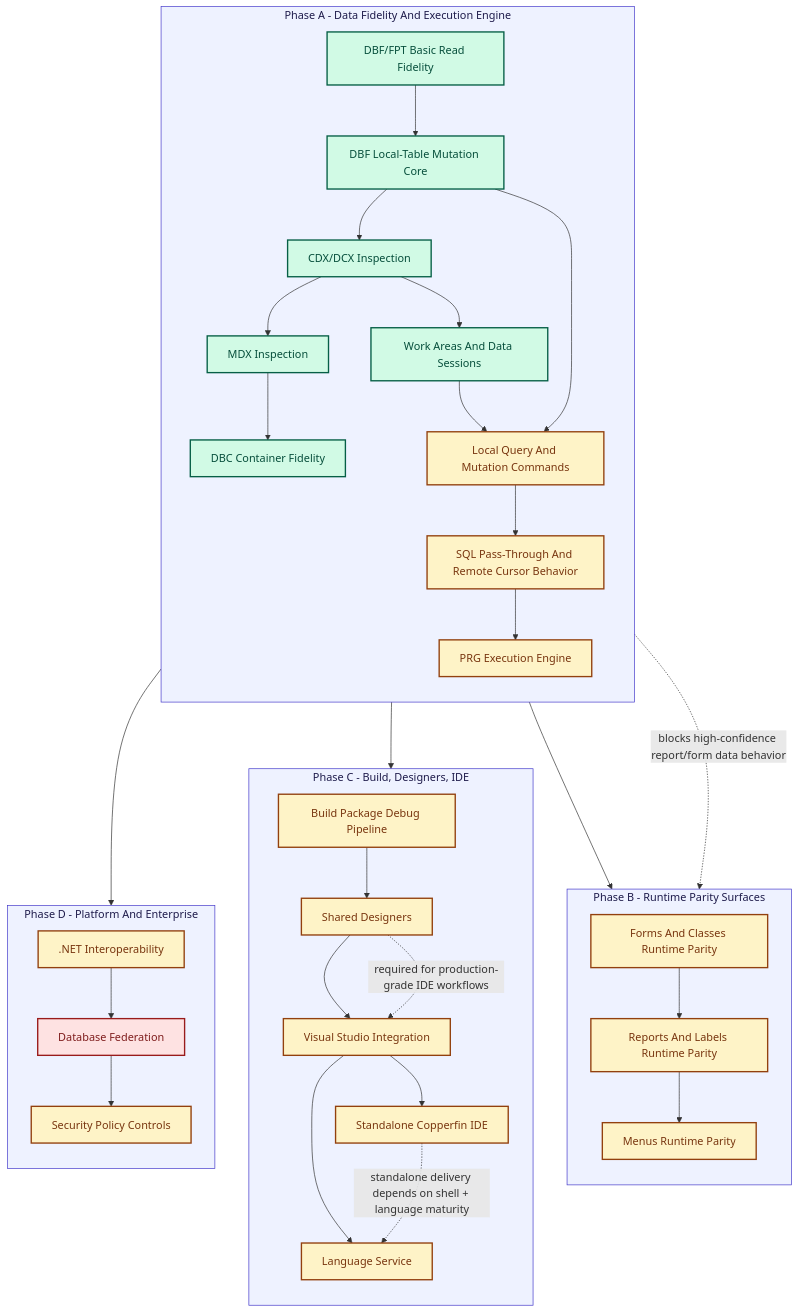
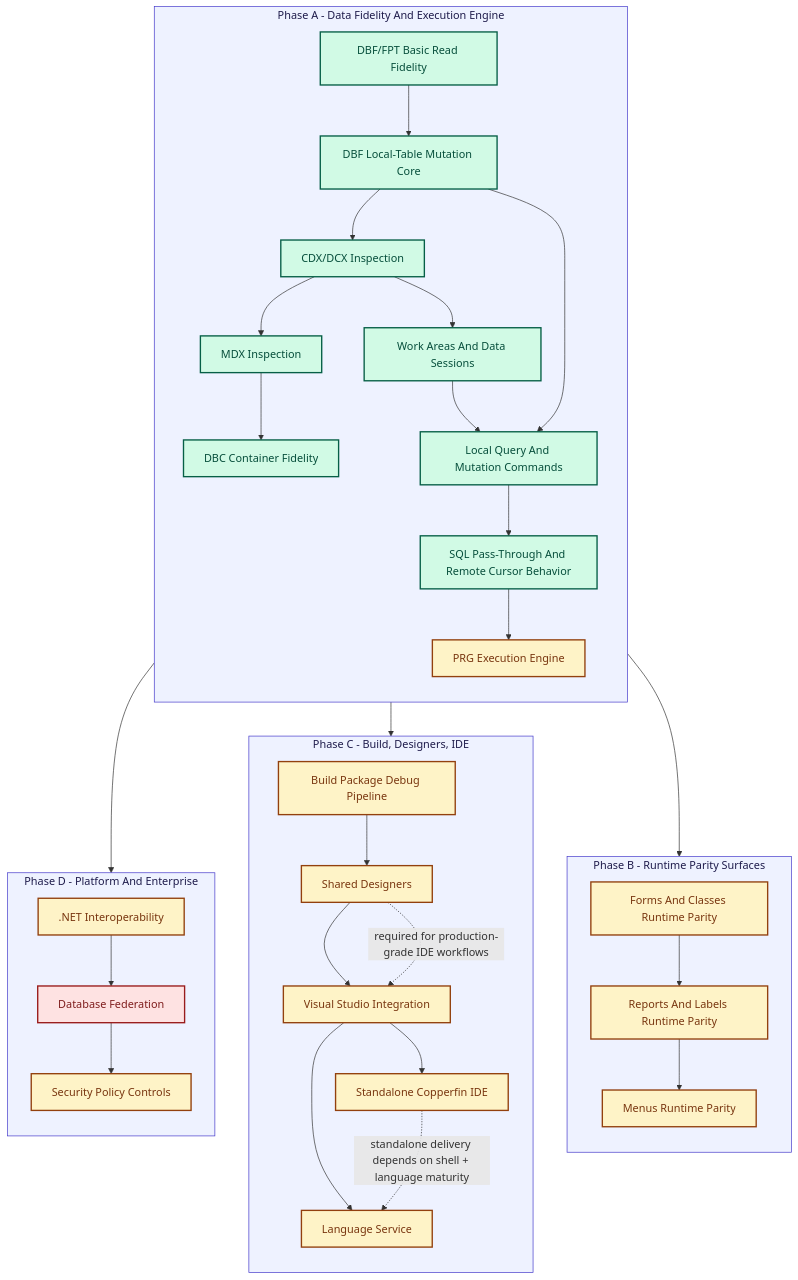
Before and after one commit to rhamenator/Project-Copperfin: the diagram in remaining-work.md, drawn with Mermaid. The commit also changed other lines of this file and 4 other files, not shown here.

````diff
--- a/remaining-work.md
+++ b/remaining-work.md
@@ -53,67 +53,66 @@
 ```mermaid
 flowchart TD
 	classDef done fill:#d1fae5,stroke:#065f46,stroke-width:2px,color:#064e3b;
 	classDef partial fill:#fef3c7,stroke:#92400e,stroke-width:2px,color:#78350f;
 	classDef missing fill:#fee2e2,stroke:#991b1b,stroke-width:2px,color:#7f1d1d;
 	classDef lane fill:#eef2ff,stroke:#4338ca,stroke-width:1px,color:#1e1b4b;
 
 	subgraph P1[Phase A - Data Fidelity And Execution Engine]
 		direction TB
 		A1[DBF/FPT Basic Read Fidelity]
 		A2[DBF Local-Table Mutation Core]
 		A3[CDX/DCX Inspection]
 		A4[MDX Inspection]
 		A5[DBC Container Fidelity]
 		B1[Work Areas And Data Sessions]
 		B2[Local Query And Mutation Commands]
 		B3[SQL Pass-Through And Remote Cursor Behavior]
 		B4[PRG Execution Engine]
 	end
 
 	subgraph P2[Phase B - Runtime Parity Surfaces]
 		direction TB
 		C1[Forms And Classes Runtime Parity]
 		C2[Reports And Labels Runtime Parity]
 		C3[Menus Runtime Parity]
 	end
 
 	subgraph P3[Phase C - Build, Designers, IDE]
 		direction TB
 		D1[Build Package Debug Pipeline]
 		D2[Shared Designers]
 		D3[Visual Studio Integration]
 		D4[Standalone Copperfin IDE]
 		D5[Language Service]
 	end
 
 	subgraph P4[Phase D - Platform And Enterprise]
 		direction TB
 		E1[.NET Interoperability]
 		E2[Database Federation]
 		E3[Security Policy Controls]
 	end
 
 	A1 --> A2 --> A3 --> A4 --> A5
 	A2 --> B2
 	A3 --> B1
 	B1 --> B2 --> B3 --> B4
 
 	B4 --> C1 --> C2 --> C3
 	B4 --> D1 --> D2 --> D3 --> D4
 	D3 --> D5
 	B4 --> E1 --> E2 --> E3
 
-	B3 -. blocks high-confidence report/form data behavior .-> C1
 	D2 -. required for production-grade IDE workflows .-> D3
 	D4 -. standalone delivery depends on shell + language maturity .-> D5
 
 	class A1,A2,A3,A4,A5 done;
 
-	class B1 done;
+	class B1,B2,B3 done;
 
-	class B2,B3,B4,C1,C2,C3,D1,D2,D3,D4,D5,E1,E3 partial;
+	class B4,C1,C2,C3,D1,D2,D3,D4,D5,E1,E3 partial;
 
 	class E2 missing;
 
 	class P1,P2,P3,P4 lane;
 ```
````
